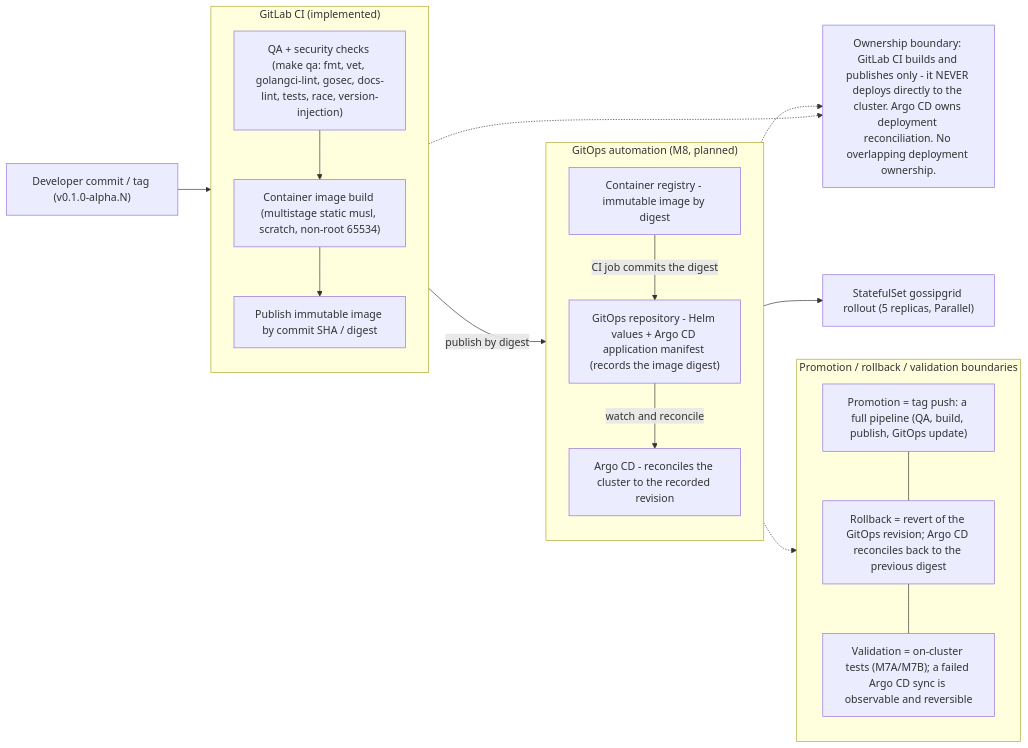
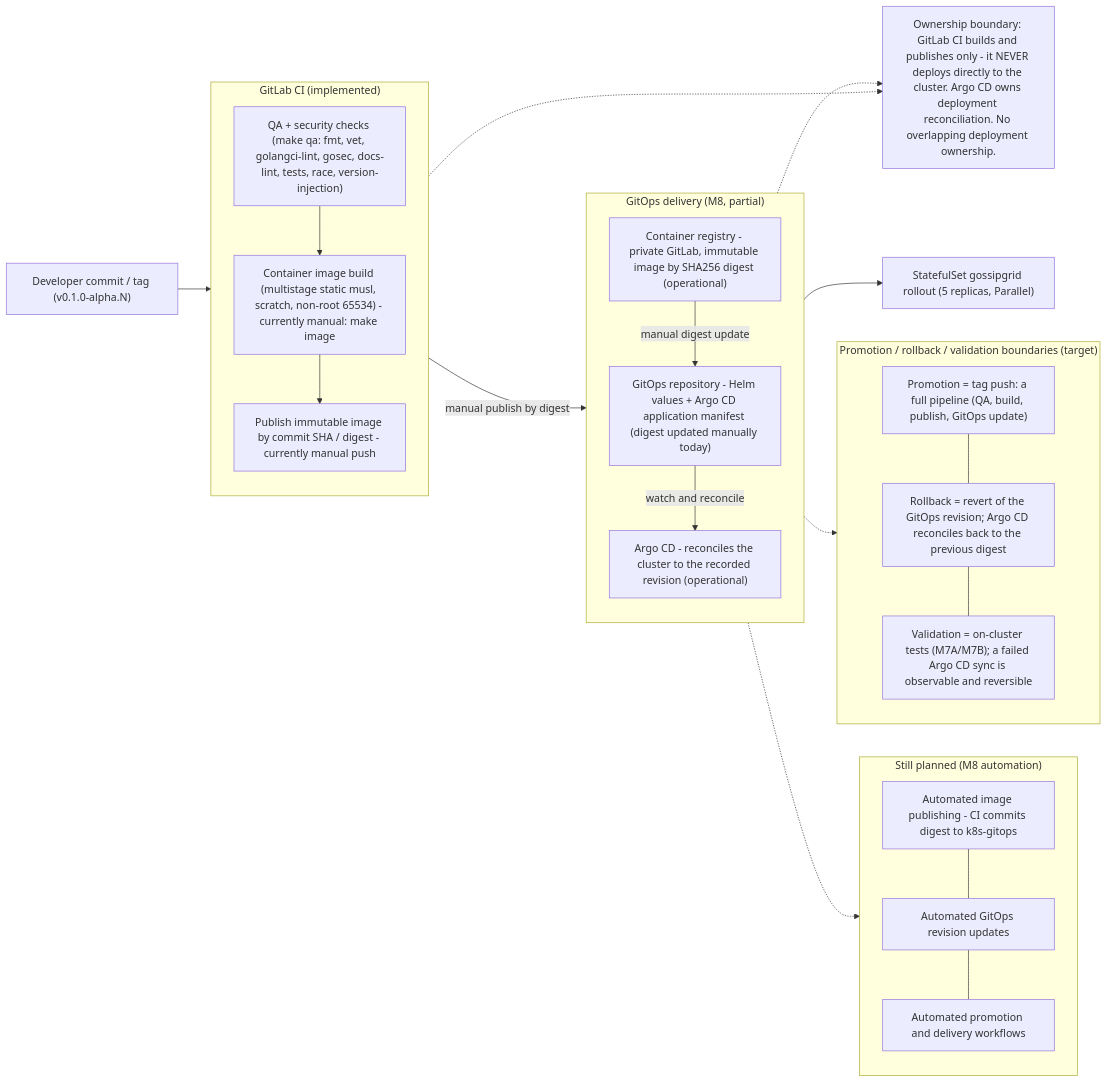
Before and after one commit to hirebrianm/gossipgrid: the diagram in docs/kubernetes-deployment.md, drawn with Mermaid. The commit also changed other lines of this file and 10 other files, not shown here.

````diff
--- a/docs/kubernetes-deployment.md
+++ b/docs/kubernetes-deployment.md
@@ -220,38 +255,47 @@
 ```mermaid
 flowchart LR
   DEV["Developer commit / tag (v0.1.0-alpha.N)"]
   DEV --> CI
 
   subgraph CILAB["GitLab CI (implemented)"]
     direction TB
     CI["QA + security checks (make qa: fmt, vet, golangci-lint, gosec, docs-lint, tests, race, version-injection)"]
-    IMG["Container image build (multistage static musl, scratch, non-root 65534)"]
-    PUBLISH["Publish immutable image by commit SHA / digest"]
+    IMG["Container image build (multistage static musl, scratch, non-root 65534) - currently manual: make image"]
+    PUBLISH["Publish immutable image by commit SHA / digest - currently manual push"]
     CI --> IMG --> PUBLISH
   end
 
-  subgraph M8["GitOps automation (M8, planned)"]
+  subgraph M8["GitOps delivery (M8, partial)"]
     direction TB
-    REG["Container registry - immutable image by digest"]
-    GOREPO["GitOps repository - Helm values + Argo CD application manifest (records the image digest)"]
-    ARGO["Argo CD - reconciles the cluster to the recorded revision"]
-    PUBLISH -->|publish by digest| REG
-    REG -->|CI job commits the digest| GOREPO
+    REG["Container registry - private GitLab, immutable image by SHA256 digest (operational)"]
+    GOREPO["GitOps repository - Helm values + Argo CD application manifest (digest updated manually today)"]
+    ARGO["Argo CD - reconciles the cluster to the recorded revision (operational)"]
+    PUBLISH -->|manual publish by digest| REG
+    REG -->|manual digest update| GOREPO
     GOREPO -->|watch and reconcile| ARGO
   end
 
   ARGO --> K8S["StatefulSet gossipgrid rollout (5 replicas, Parallel)"]
 
-  subgraph BOUND["Promotion / rollback / validation boundaries"]
+  subgraph PLANNED["Still planned (M8 automation)"]
+    direction TB
+    AUTO["Automated image publishing - CI commits digest to k8s-gitops"]
+    AUTOREV["Automated GitOps revision updates"]
+    PROMOTE["Automated promotion and delivery workflows"]
+    AUTO --- AUTOREV --- PROMOTE
+  end
+
+  subgraph BOUND["Promotion / rollback / validation boundaries (target)"]
     direction TB
     PROMO["Promotion = tag push: a full pipeline (QA, build, publish, GitOps update)"]
     ROLLBACK["Rollback = revert of the GitOps revision; Argo CD reconciles back to the previous digest"]
     VALIDATE["Validation = on-cluster tests (M7A/M7B); a failed Argo CD sync is observable and reversible"]
     PROMO --- ROLLBACK --- VALIDATE
   end
   GOREPO -.-> BOUND
+  GOREPO -.-> PLANNED
 
   NOTE["Ownership boundary: GitLab CI builds and publishes only - it NEVER deploys directly to the cluster. Argo CD owns deployment reconciliation. No overlapping deployment ownership."]
   CI -.-> NOTE
   ARGO -.-> NOTE
 ```
````
